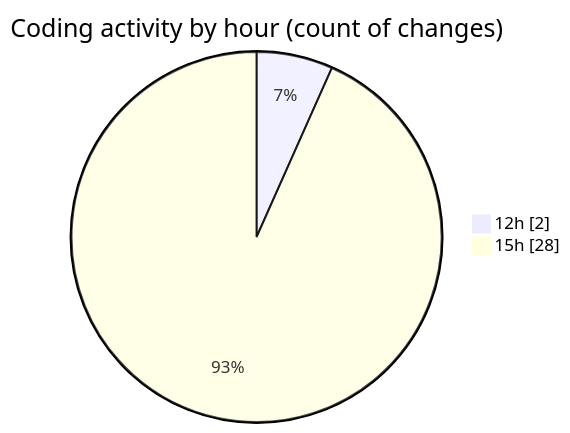
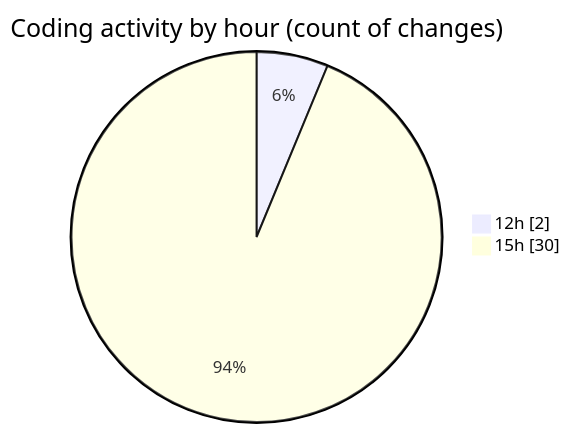
Before and after one commit to momahboobian/code-tracking: the second of 2 diagrams in 2025-02-26/cda/README.md, drawn with Mermaid. The commit also changed other lines of this file and 1 other file, not shown here.

````diff
--- a/2025-02-26/cda/README.md
+++ b/2025-02-26/cda/README.md
@@ -40,6 +40,6 @@
 ```mermaid
 pie showData
 title Coding activity by hour (count of changes)
 "12h" : 2
-"15h" : 28
+"15h" : 30
 ```
````
